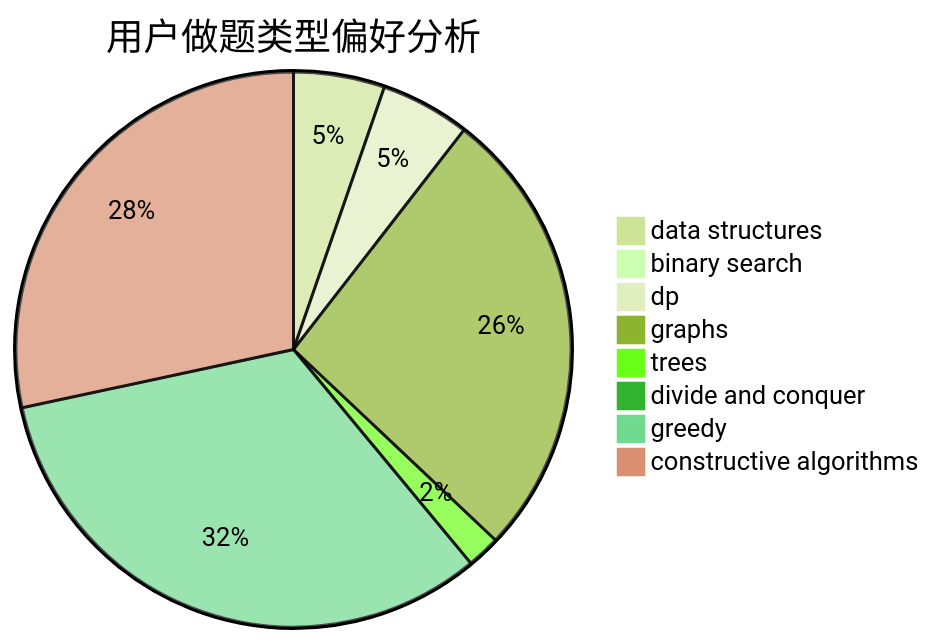
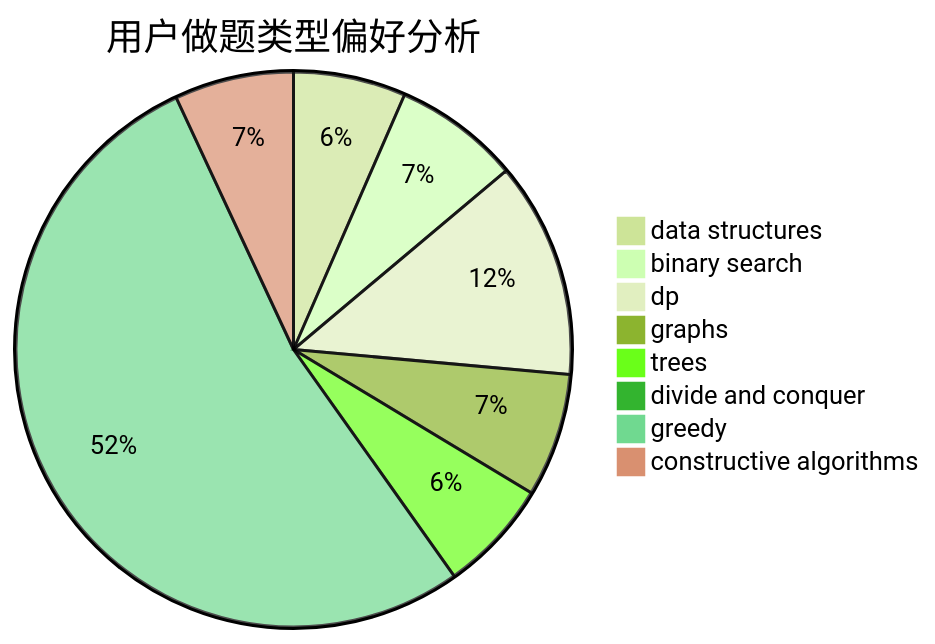
Before and after one commit to sherpahu/cfrs.github.io: the second of 3 diagrams in docs/user/u2264.md, drawn with Mermaid (forest theme). The commit also changed other lines of this file and 2770 other files, not shown here.

````diff
--- a/docs/user/u2264.md
+++ b/docs/user/u2264.md
@@ -23,11 +23,11 @@
 ```mermaid
 pie title 用户做题类型偏好分析
-    "data structures" :  52
-    "binary search" :  9
-    "dp" :  51
-    "graphs" :  260
-    "trees" :  19
-    "divide and conquer" :  4
-    "greedy" :  320
-    "constructive algorithms" :  278
+    "data structures" :  50
+    "binary search" :  56
+    "dp" :  96
+    "graphs" :  55
+    "trees" :  50
+    "divide and conquer" :  6
+    "greedy" :  404
+    "constructive algorithms" :  53
 ```
````
